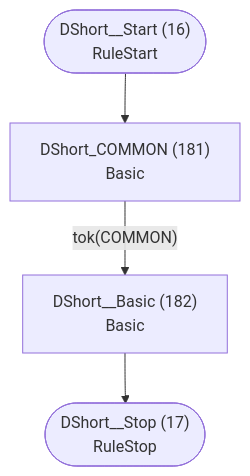
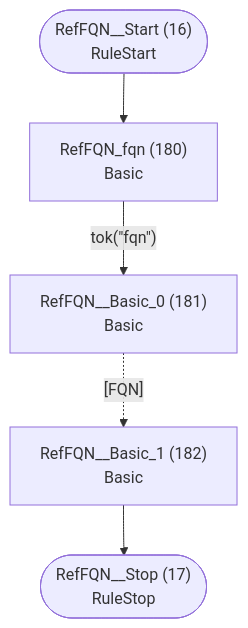
One commit to TypeFox/fastbelt changed the ninth of 41 diagrams in internal/languages/completion/atn.md. Above: the diagram before and after it, drawn with Mermaid. The commit also changed other lines of this file and 11 other files, not shown here.

````diff
--- a/internal/languages/completion/atn.md
+++ b/internal/languages/completion/atn.md
@@ -313,11 +311,13 @@
 ```mermaid
 flowchart TD
-    q16(["DShort__Start (16)<br/>RuleStart"])
-    q17(["DShort__Stop (17)<br/>RuleStop"])
-    q181["DShort_COMMON (181)<br/>Basic<br/>"]
-    q182["DShort__Basic (182)<br/>Basic<br/>"]
+    q16(["RefFQN__Start (16)<br/>RuleStart"])
+    q17(["RefFQN__Stop (17)<br/>RuleStop"])
+    q180["RefFQN_fqn (180)<br/>Basic<br/>"]
+    q181["RefFQN__Basic_0 (181)<br/>Basic<br/>"]
+    q182["RefFQN__Basic_1 (182)<br/>Basic<br/>"]
 
-    q16 --> q181
-    q181 -->|"tok(COMMON)"| q182
+    q16 --> q180
+    q180 -->|"tok(&quot;fqn&quot;)"| q181
+    q181 -.->|"[FQN]"| q182
     q182 --> q17
 ```
````
